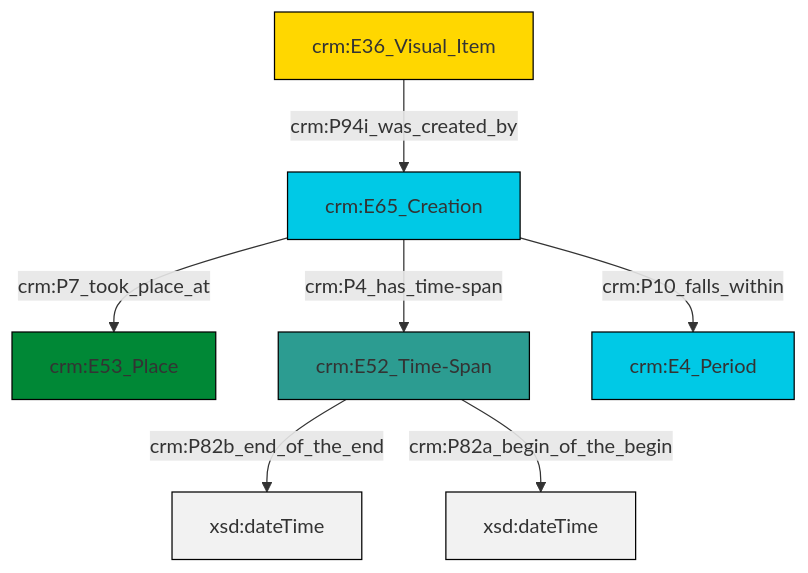
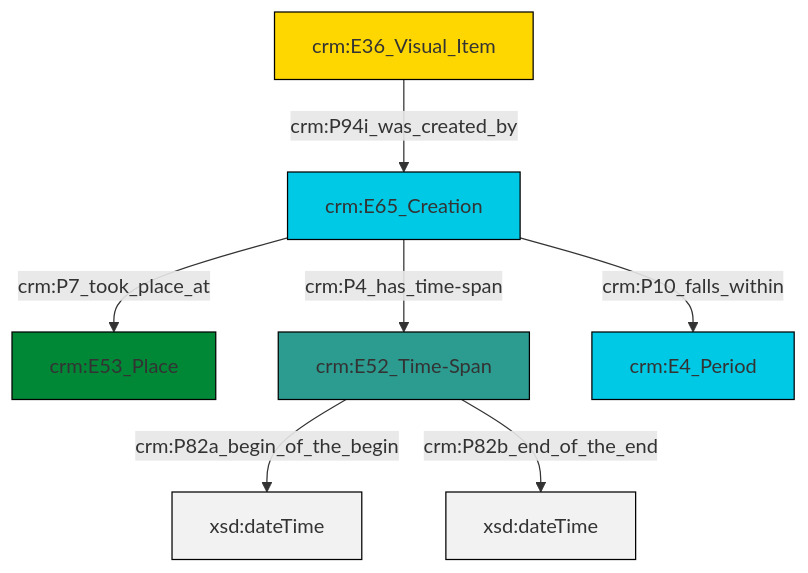
The diagram in et/imgCSV/ttl/mmd/img_existence.ttl.mmd (swiss-art-research-net/docs.swissartresearch), drawn with Mermaid before and after one commit. The commit also changed 183 other files, not shown here.

```diff
--- a/et/imgCSV/ttl/mmd/img_existence.ttl.mmd
+++ b/et/imgCSV/ttl/mmd/img_existence.ttl.mmd
@@ -1,21 +1,21 @@
 graph TD
 classDef Literal fill:#f2f2f2,stroke:#000000;
 classDef CRM_Entity fill:#FFFFFF,stroke:#000000;
 classDef Temporal_Entity fill:#00C9E6, stroke:#000000;
 classDef Type fill:#E18312, stroke:#000000;
 classDef Time-Span fill:#2C9C91, stroke:#000000;
 classDef Appellation fill:#FFEB7F, stroke:#000000;
 classDef Place fill:#008836, stroke:#000000;
 classDef Persistent_Item fill:#B266B2, stroke:#000000;
 classDef Conceptual_Object fill:#FFD700, stroke:#000000;
 classDef Physical_Thing fill:#D2B48C, stroke:#000000;
 classDef Actor fill:#f58aad, stroke:#000000;
 classDef PC_Classes fill:#4ce600, stroke:#000000;
 classDef Multi fill:#cccccc,stroke:#000000;
 
-4["crm:E36_Visual_Item"]:::Conceptual_Object -->|crm:P94i_was_created_by| 2["crm:E65_Creation"]:::Temporal_Entity
-2["crm:E65_Creation"]:::Temporal_Entity -->|crm:P4_has_time-span| 5["crm:E52_Time-Span"]:::Time-Span
-5["crm:E52_Time-Span"]:::Time-Span -->|crm:P82b_end_of_the_end| 6[xsd:dateTime]:::Literal
-5["crm:E52_Time-Span"]:::Time-Span -->|crm:P82a_begin_of_the_begin| 7[xsd:dateTime]:::Literal
-2["crm:E65_Creation"]:::Temporal_Entity -->|crm:P10_falls_within| 9["crm:E4_Period"]:::Temporal_Entity
-2["crm:E65_Creation"]:::Temporal_Entity -->|crm:P7_took_place_at| 0["crm:E53_Place"]:::Place
+0["crm:E65_Creation"]:::Temporal_Entity -->|crm:P7_took_place_at| 1["crm:E53_Place"]:::Place
+2["crm:E52_Time-Span"]:::Time-Span -->|crm:P82a_begin_of_the_begin| 3[xsd:dateTime]:::Literal
+0["crm:E65_Creation"]:::Temporal_Entity -->|crm:P4_has_time-span| 2["crm:E52_Time-Span"]:::Time-Span
+0["crm:E65_Creation"]:::Temporal_Entity -->|crm:P10_falls_within| 6["crm:E4_Period"]:::Temporal_Entity
+2["crm:E52_Time-Span"]:::Time-Span -->|crm:P82b_end_of_the_end| 11[xsd:dateTime]:::Literal
+7["crm:E36_Visual_Item"]:::Conceptual_Object -->|crm:P94i_was_created_by| 0["crm:E65_Creation"]:::Temporal_Entity
```
